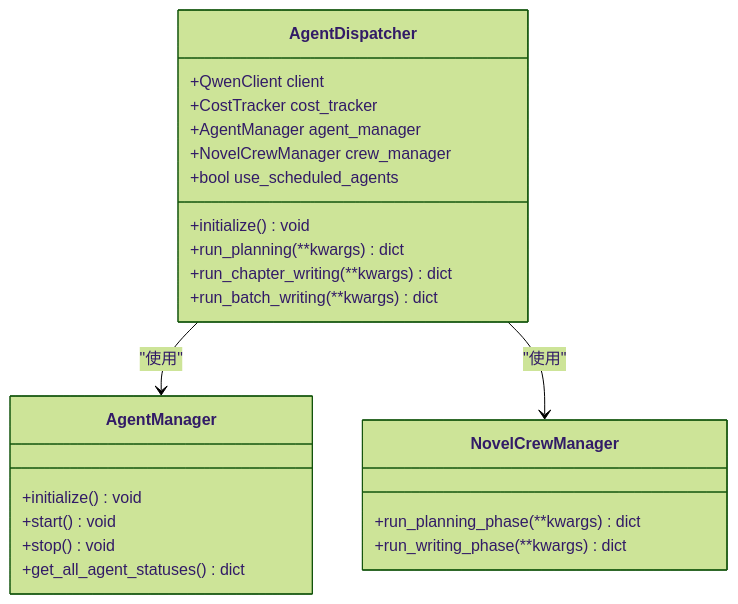
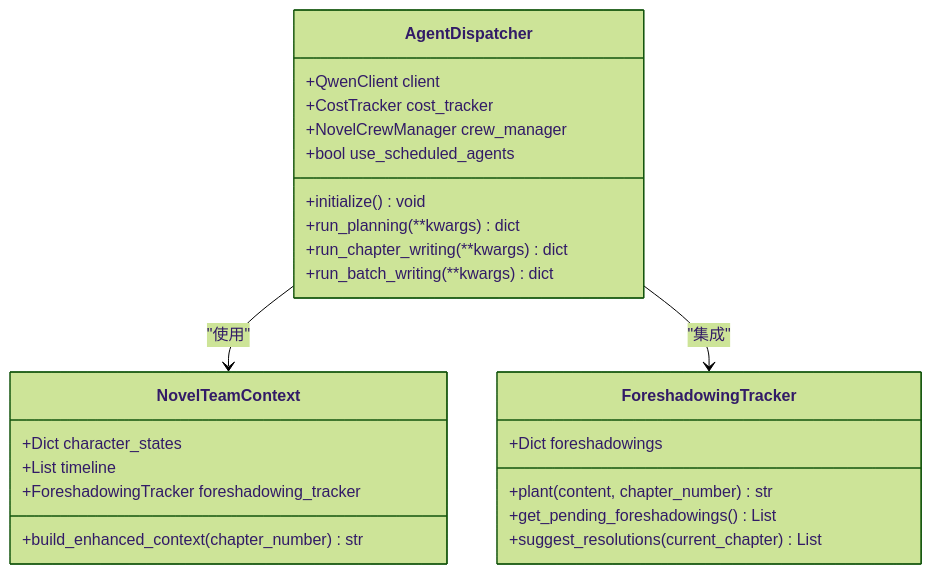
Before and after one commit to xfbyxq/ai-novel-system: the seventh of 10 diagrams in .qoder/repowiki/zh/content/Generation Service.md, drawn with Mermaid (forest theme). The commit also changed other lines of this file and 10 other files, not shown here.

````diff
--- a/.qoder/repowiki/zh/content/Generation Service.md
+++ b/.qoder/repowiki/zh/content/Generation Service.md
@@ -272,26 +319,27 @@
 ```mermaid
 classDiagram
 class AgentDispatcher {
 +QwenClient client
 +CostTracker cost_tracker
-+AgentManager agent_manager
 +NovelCrewManager crew_manager
 +bool use_scheduled_agents
 +initialize() void
 +run_planning(**kwargs) dict
 +run_chapter_writing(**kwargs) dict
 +run_batch_writing(**kwargs) dict
 }
-class AgentManager {
-+initialize() void
-+start() void
-+stop() void
-+get_all_agent_statuses() dict
+class NovelTeamContext {
++Dict character_states
++List timeline
++ForeshadowingTracker foreshadowing_tracker
++build_enhanced_context(chapter_number) str
 }
-class NovelCrewManager {
-+run_planning_phase(**kwargs) dict
-+run_writing_phase(**kwargs) dict
+class ForeshadowingTracker {
++Dict foreshadowings
++plant(content, chapter_number) str
++get_pending_foreshadowings() List
++suggest_resolutions(current_chapter) List
 }
-AgentDispatcher --> AgentManager : "使用"
-AgentDispatcher --> NovelCrewManager : "使用"
+AgentDispatcher --> NovelTeamContext : "使用"
+AgentDispatcher --> ForeshadowingTracker : "集成"
 ```
````
